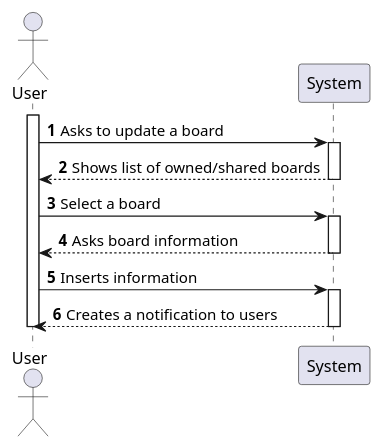
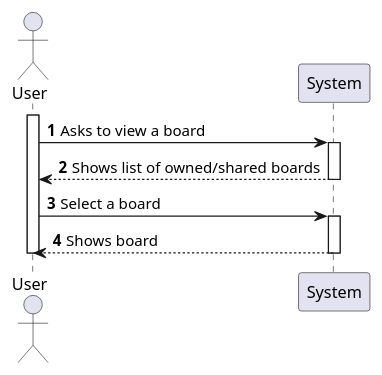
Before and after one commit to mascenso/isep-sem4-lapr4: the diagram in docs/SPRINT C/US3005 - View shared board updates/US3005-SDD.puml, drawn with PlantUML. The commit also changed 15 other files, not shown here.

```diff
--- a/docs/SPRINT C/US3005 - View shared board updates/US3005-SDD.puml
+++ b/docs/SPRINT C/US3005 - View shared board updates/US3005-SDD.puml
@@ -1,18 +1,16 @@
 @startuml
 autonumber
 
 autoactivate on
 
 actor User
 activate User
 
-User -> System: Asks to update a board
+User -> System: Asks to view a board
 System --> User: Shows list of owned/shared boards
 User -> System: Select a board
-System --> User: Asks board information
-User -> System: Inserts information
-System --> User: Creates a notification to users
+System --> User: Shows board
 
 deactivate User
 
 @enduml
```
